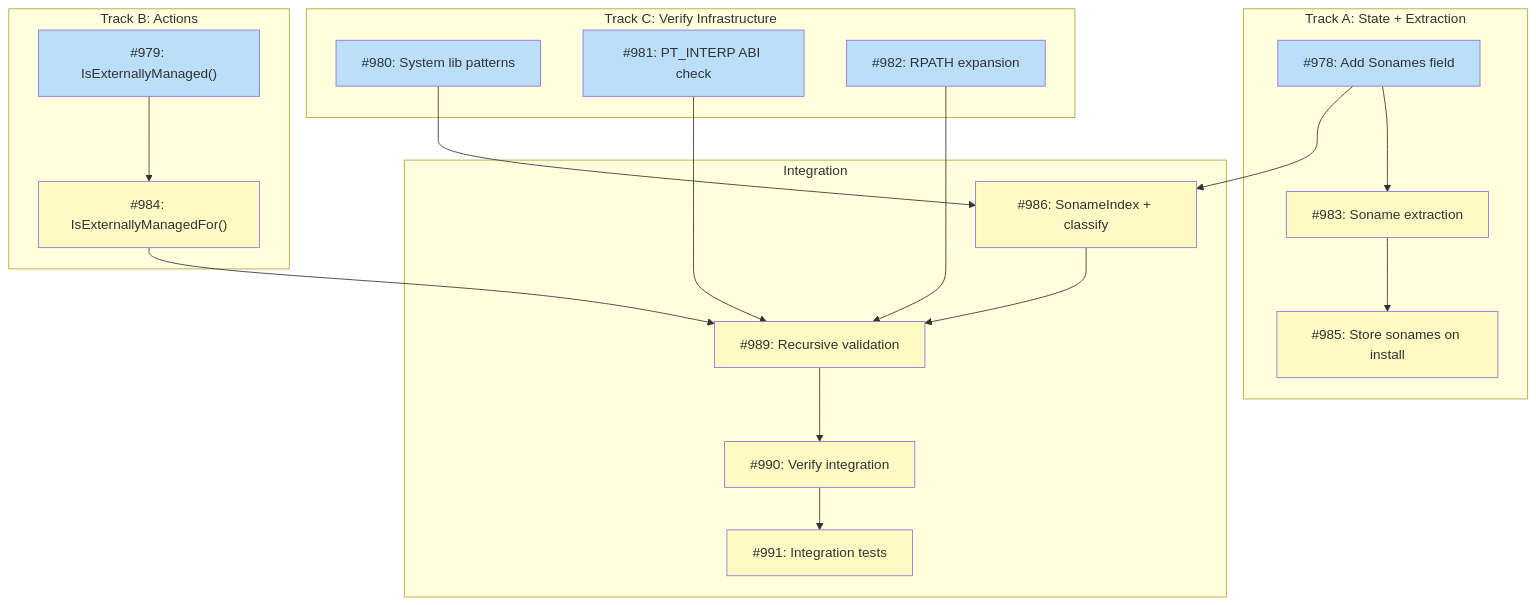
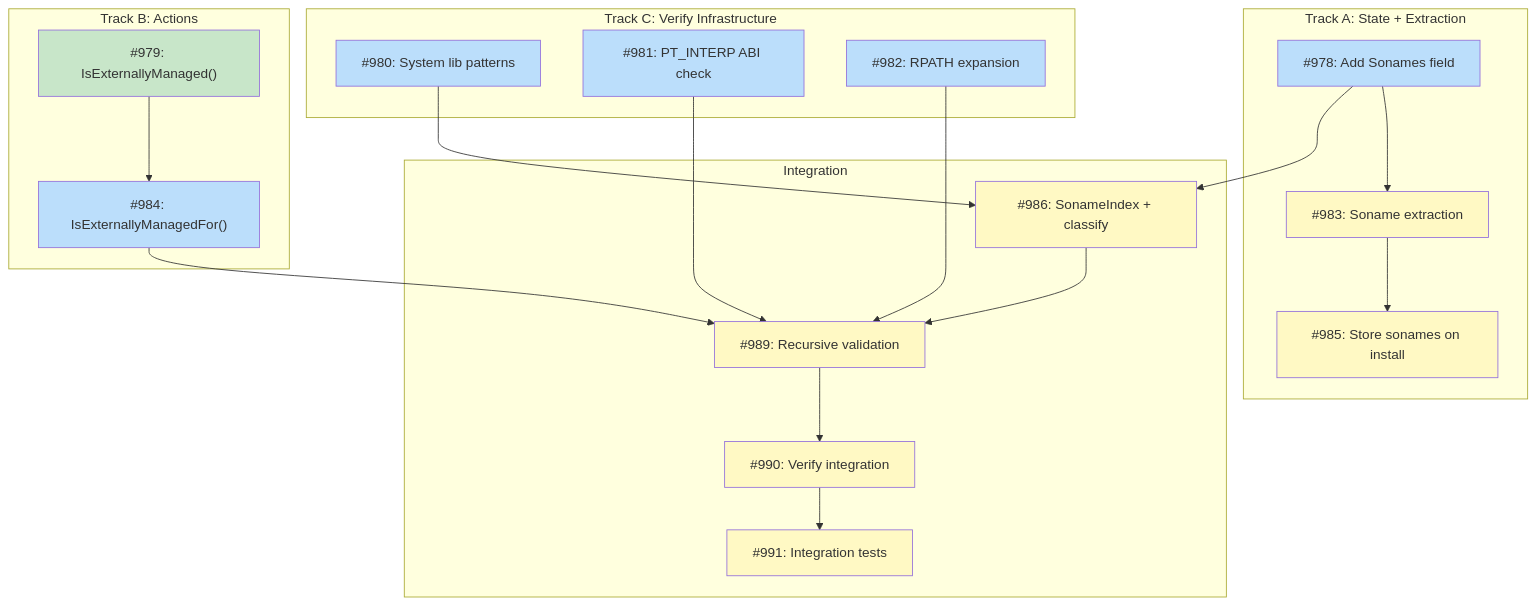
One commit to tsukumogami/tsuku changed the diagram in docs/designs/DESIGN-library-verify-deps.md. Above: the diagram before and after it, drawn with Mermaid. The commit also changed 7 other files, not shown here.

````diff
--- a/docs/designs/DESIGN-library-verify-deps.md
+++ b/docs/designs/DESIGN-library-verify-deps.md
@@ -26,46 +26,47 @@
 ```mermaid
 graph TD
     subgraph TrackA["Track A: State + Extraction"]
         I978["#978: Add Sonames field"]
         I983["#983: Soname extraction"]
         I985["#985: Store sonames on install"]
     end
 
     subgraph TrackB["Track B: Actions"]
         I979["#979: IsExternallyManaged()"]
         I984["#984: IsExternallyManagedFor()"]
     end
 
     subgraph TrackC["Track C: Verify Infrastructure"]
         I980["#980: System lib patterns"]
         I981["#981: PT_INTERP ABI check"]
         I982["#982: RPATH expansion"]
     end
 
     subgraph Integration["Integration"]
         I986["#986: SonameIndex + classify"]
         I989["#989: Recursive validation"]
         I990["#990: Verify integration"]
         I991["#991: Integration tests"]
     end
 
     I978 --> I983
     I983 --> I985
     I979 --> I984
     I978 --> I986
     I980 --> I986
     I981 --> I989
     I982 --> I989
     I984 --> I989
     I986 --> I989
     I989 --> I990
     I990 --> I991
 
     classDef done fill:#c8e6c9
     classDef ready fill:#bbdefb
     classDef blocked fill:#fff9c4
     classDef needsDesign fill:#e1bee7
 
-    class I978,I979,I980,I981,I982 ready
-    class I983,I984,I985,I986,I989,I990,I991 blocked
+    class I979 done
+    class I978,I980,I981,I982,I984 ready
+    class I983,I985,I986,I989,I990,I991 blocked
 ```
````
